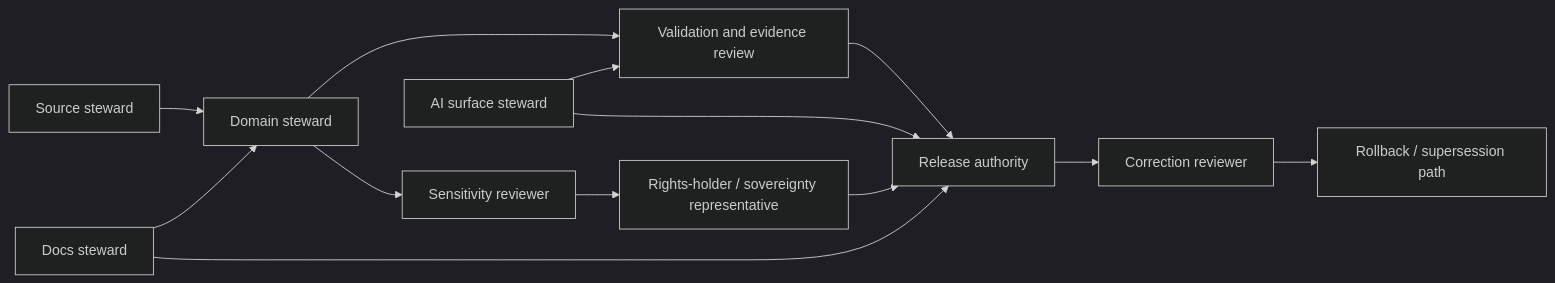
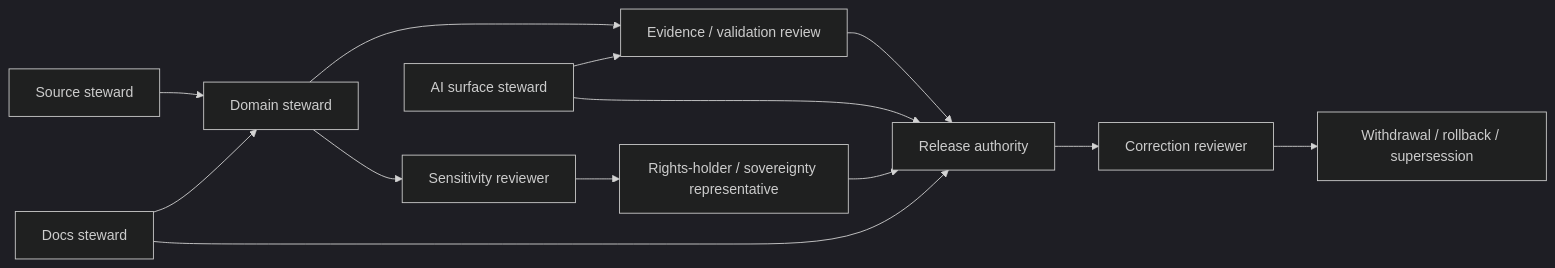
The diagram in docs/governance/README.md (bartytime4life/Kansas-Frontier-Matrix), drawn with Mermaid (dark theme) before and after one commit. The commit also changed other lines of this file, not shown here.

````diff
--- a/docs/governance/README.md
+++ b/docs/governance/README.md
@@ -233,16 +157,15 @@
 ```mermaid
 flowchart LR
-    S["Source steward"] --> D["Domain steward"]
-    D --> V["Validation and evidence review"]
-    D --> SR["Sensitivity reviewer"]
-    SR --> RH["Rights-holder / sovereignty representative"]
-    V --> RA["Release authority"]
-    RH --> RA
-    RA --> CR["Correction reviewer"]
-    CR --> RB["Rollback / supersession path"]
-
-    AI["AI surface steward"] --> V
-    AI --> RA
-    DOC["Docs steward"] --> D
-    DOC --> RA
+  SS[Source steward] --> DS[Domain steward]
+  DS --> EV[Evidence / validation review]
+  DS --> SR[Sensitivity reviewer]
+  SR --> RH[Rights-holder / sovereignty representative]
+  EV --> RA[Release authority]
+  RH --> RA
+  RA --> CR[Correction reviewer]
+  CR --> RB[Withdrawal / rollback / supersession]
+  AI[AI surface steward] --> EV
+  AI --> RA
+  DOC[Docs steward] --> DS
+  DOC --> RA
 ```
````
